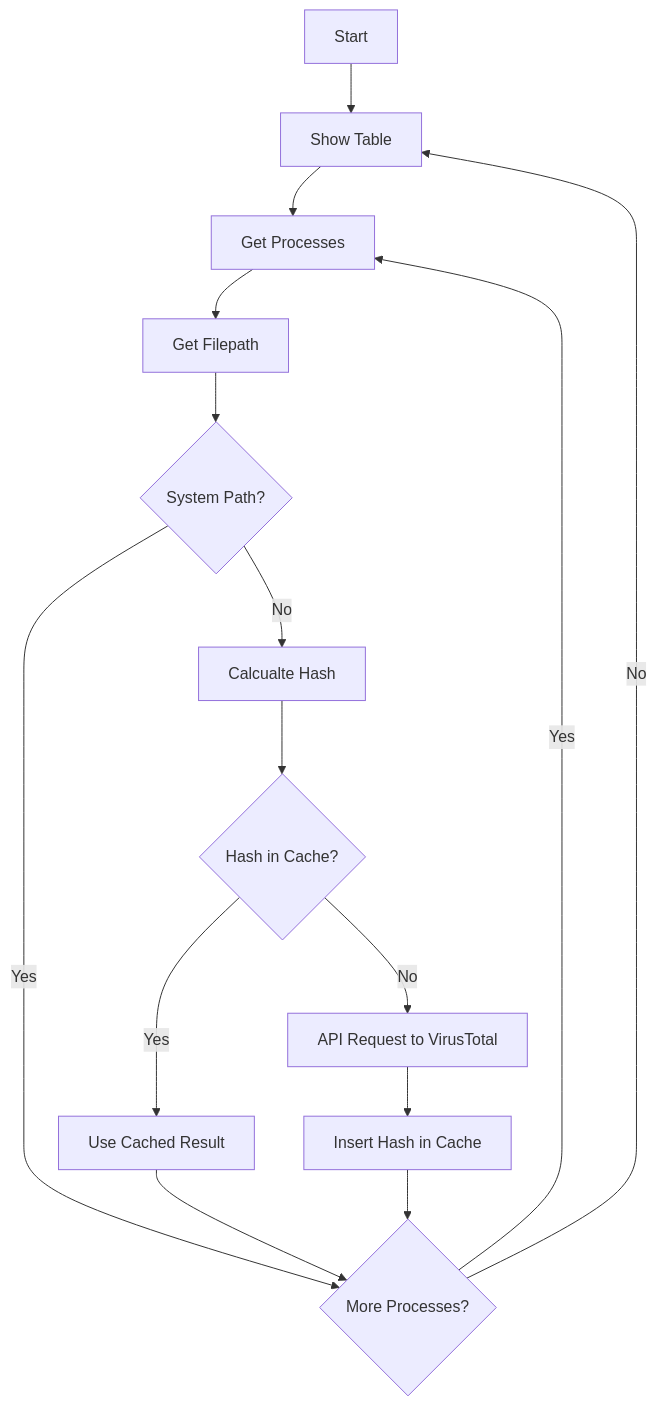
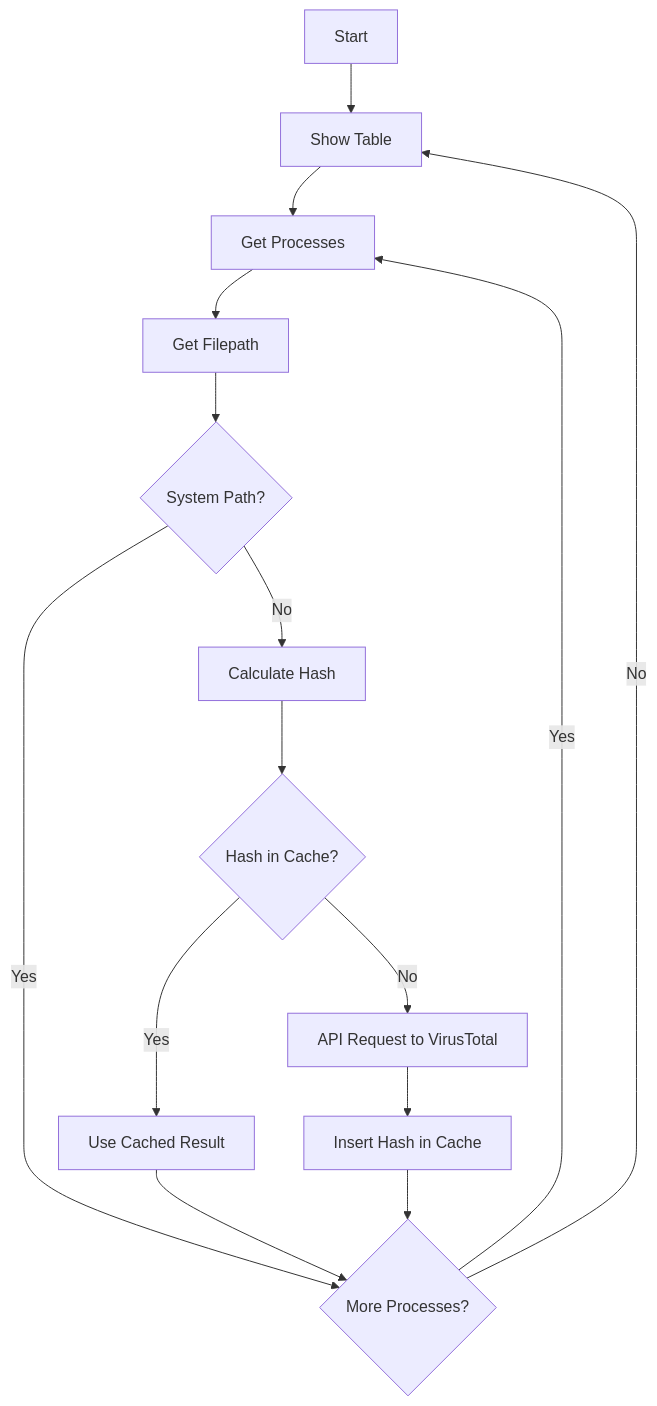
One commit to r0b1nr31nh4rdt/Mallware_Cop changed the diagram in README.md. Above: the diagram before and after it, drawn with Mermaid. The commit also changed other lines of this file and 1 other file, not shown here.

````diff
--- a/README.md
+++ b/README.md
@@ -9,17 +24,17 @@
 ```mermaid
 flowchart TD
     A[Start] --> B[Show Table]
     B --> C[Get Processes]
     C --> D[Get Filepath]
     D --> E{System Path?}
     E -->| Yes| F{More Processes?}
-    E -->| No| G[Calcualte Hash]
+    E -->| No| G[Calculate Hash]
     G --> H{Hash in Cache?}
     H -->| Yes| I[Use Cached Result]
     I --> F
     H -->| No| J[API Request to VirusTotal]
     J --> K[Insert Hash in Cache]
     K --> F
     F -->| Yes| C
     F -->| No| B
 ```
````
